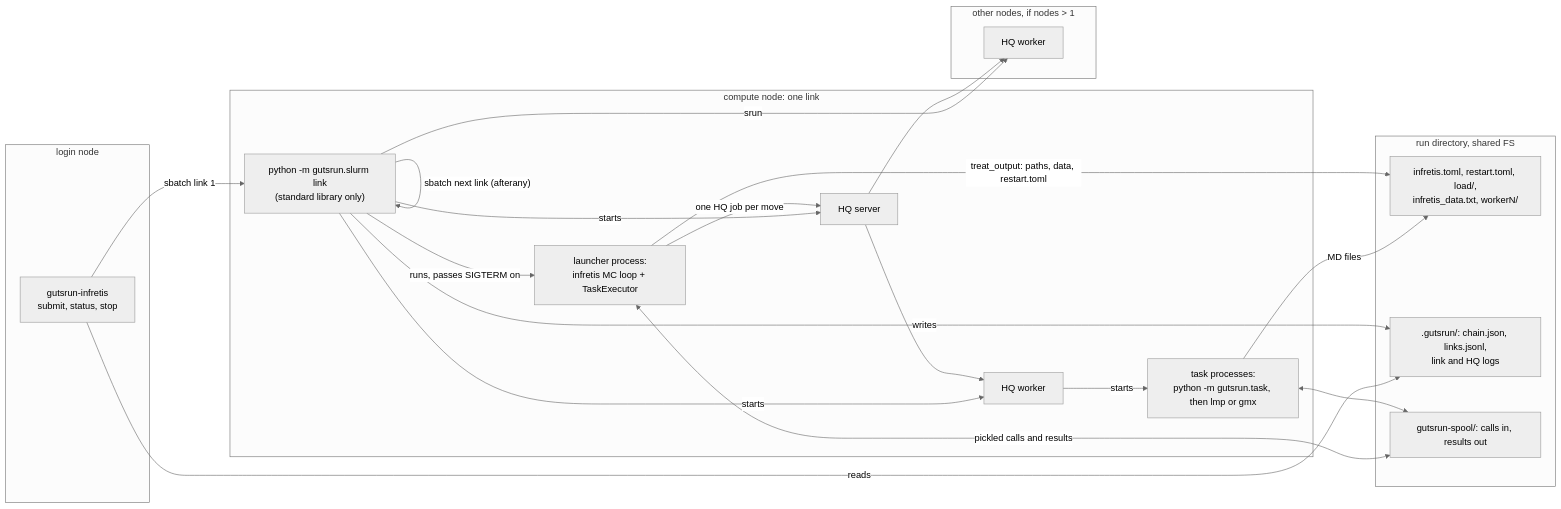
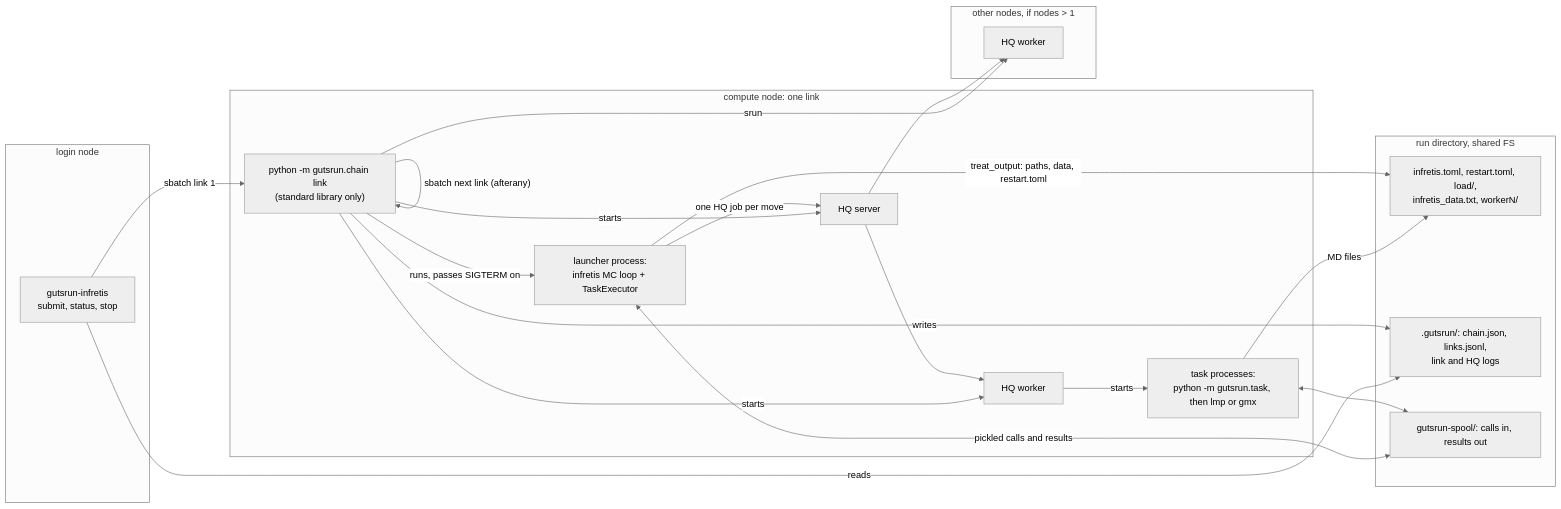
The first of 3 diagrams in DEVELOPMENT.md (GUTSframework/infretis_hyperqueue), drawn with Mermaid (neutral theme) before and after one commit. The commit also changed other lines of this file and 9 other files, not shown here.

First line of the commit message:
Split gutsrun.slurm into chain, hq and site

````diff
--- a/DEVELOPMENT.md
+++ b/DEVELOPMENT.md
@@ -35,36 +35,36 @@
 ```mermaid
 flowchart LR
     subgraph login["login node"]
         cmd["gutsrun-infretis<br/>submit, status, stop"]
     end
     subgraph job["compute node: one link"]
-        link["python -m gutsrun.slurm link<br/>(standard library only)"]
+        link["python -m gutsrun.chain link<br/>(standard library only)"]
         hqs["HQ server"]
         hqw["HQ worker"]
         launcher["launcher process:<br/>infretis MC loop + TaskExecutor"]
         task["task processes:<br/>python -m gutsrun.task, then lmp or gmx"]
     end
     subgraph more["other nodes, if nodes > 1"]
         hqw2["HQ worker"]
     end
     subgraph shared["run directory, shared FS"]
         state["infretis.toml, restart.toml, load/,<br/>infretis_data.txt, workerN/"]
         chainfiles[".gutsrun/: chain.json, links.jsonl,<br/>link and HQ logs"]
         spooldir["gutsrun-spool/: calls in, results out"]
     end
 
     cmd -- "sbatch link 1" --> link
     cmd -- "reads" --> chainfiles
     link -- "sbatch next link (afterany)" --> link
     link -- "starts" --> hqs & hqw
     link -- "srun" --> hqw2
     link -- "runs, passes SIGTERM on" --> launcher
     link -- "writes" --> chainfiles
     launcher -- "one HQ job per move" --> hqs
     hqs --> hqw & hqw2
     hqw -- "starts" --> task
     launcher <-- "pickled calls and results" --> spooldir
     task <--> spooldir
     task -- "MD files" --> state
     launcher -- "treat_output: paths, data, restart.toml" --> state
 ```
````
